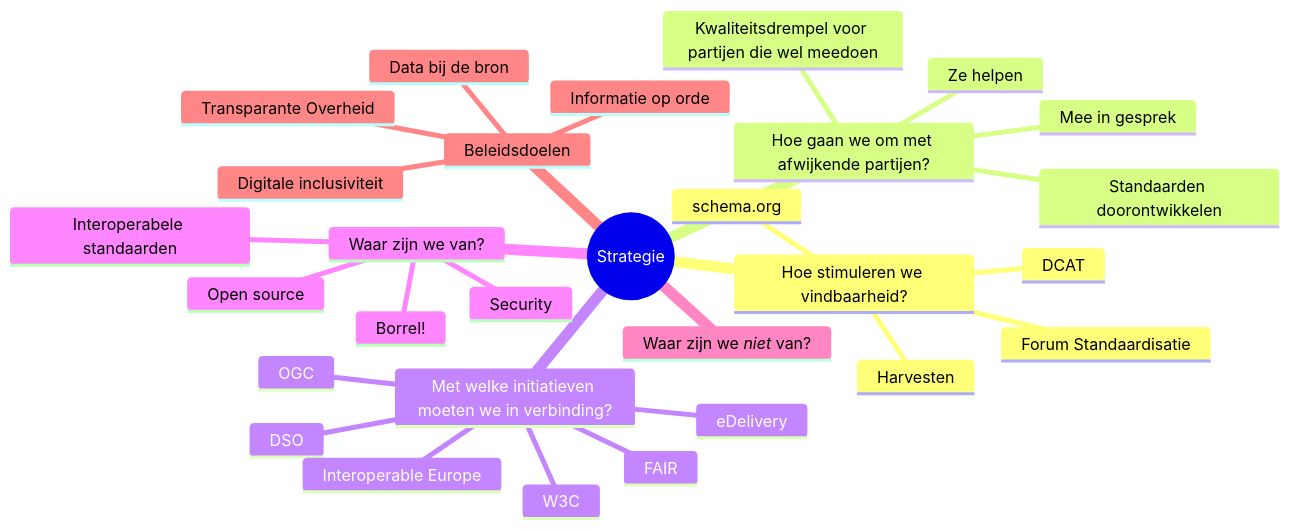
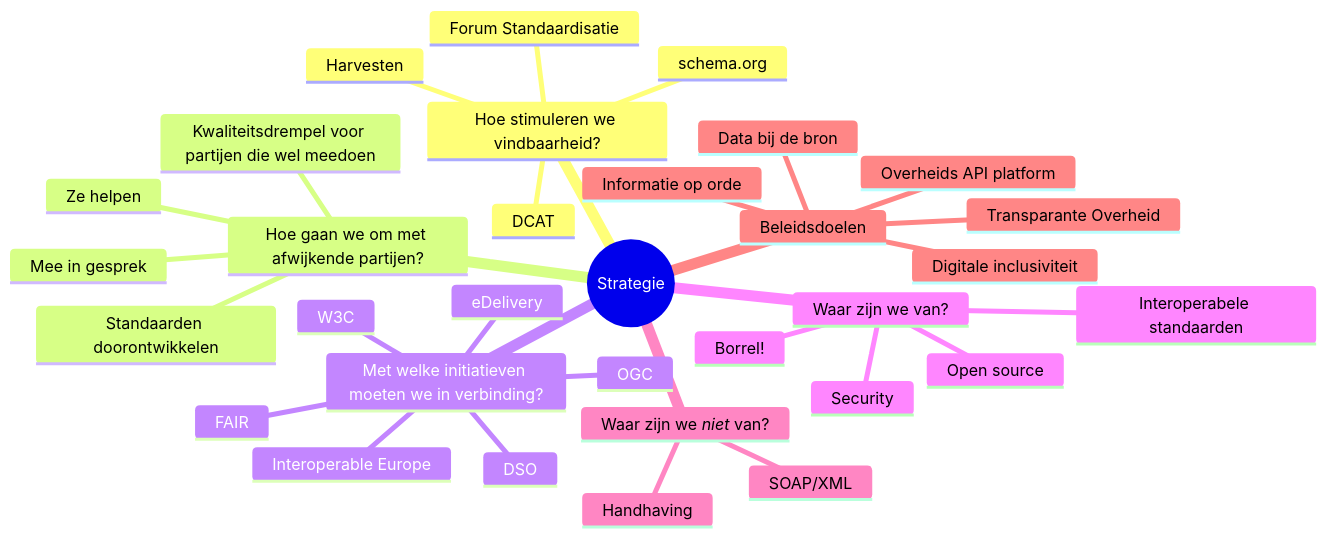
Before and after one commit to Geonovum/KP-APIs: the diagram in overleggen/Werkgroep API strategie en beleid/Gebruikerswensen/mindmap.md, drawn with Mermaid.

````diff
--- a/overleggen/Werkgroep API strategie en beleid/Gebruikerswensen/mindmap.md
+++ b/overleggen/Werkgroep API strategie en beleid/Gebruikerswensen/mindmap.md
@@ -4,32 +4,35 @@
 ```mermaid
 mindmap
   root((Strategie))
     Hoe stimuleren we vindbaarheid?
       DCAT
       Forum Standaardisatie
       Harvesten
       schema.org
     Hoe gaan we om met afwijkende partijen?
       Kwaliteitsdrempel voor partijen die wel meedoen
       Mee in gesprek
       Standaarden doorontwikkelen
       Ze helpen
     Met welke initiatieven moeten we in verbinding?
       DSO
       eDelivery
       FAIR
       Interoperable Europe
       OGC
       W3C
     Waar zijn we van?
       Borrel!
       Interoperabele standaarden
       Open source
       Security
     Waar zijn we *niet* van?
+      SOAP/XML
+      Handhaving
     Beleidsdoelen
       Data bij de bron
       Digitale inclusiviteit
       Informatie op orde
+      Overheids API platform
       Transparante Overheid
 ```
````
